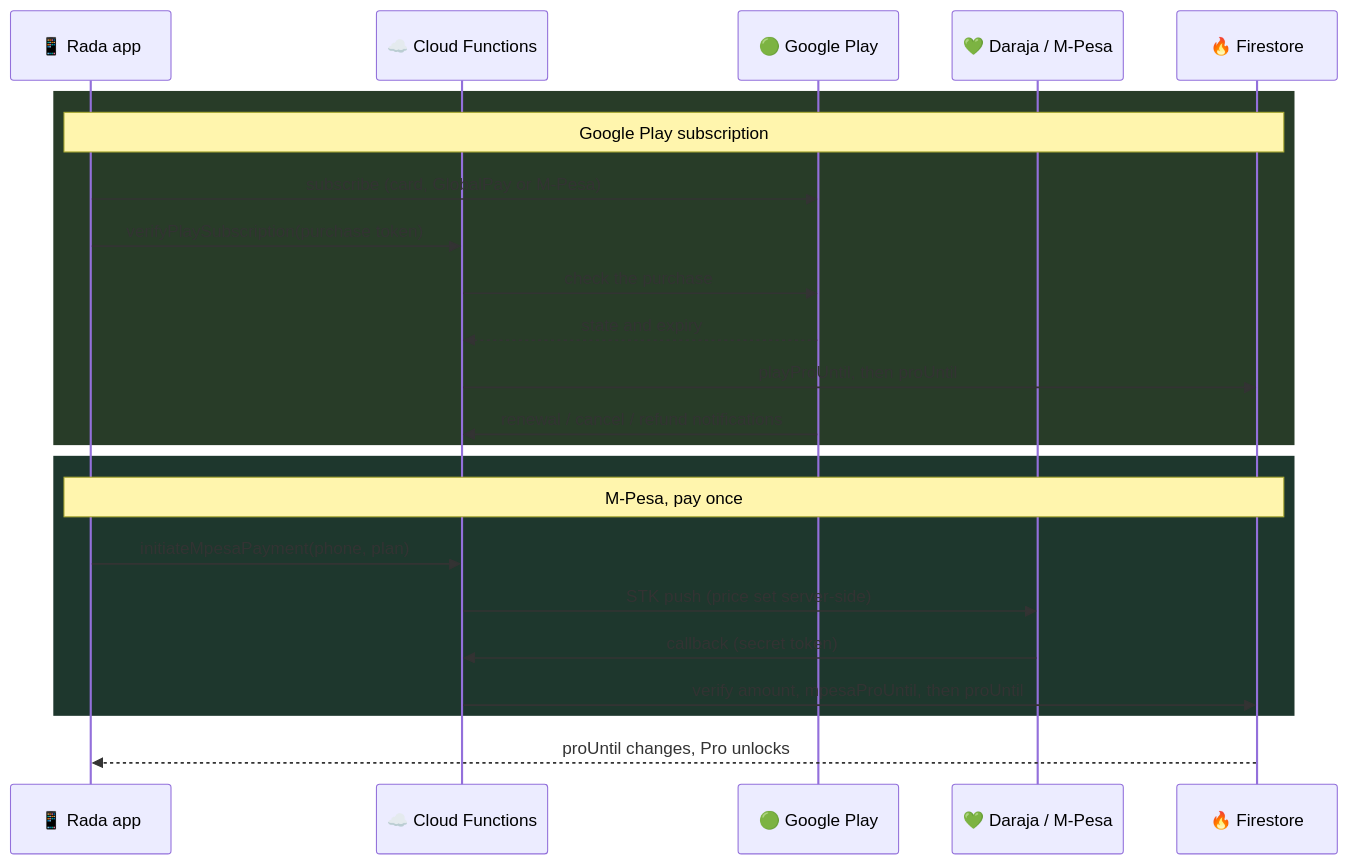
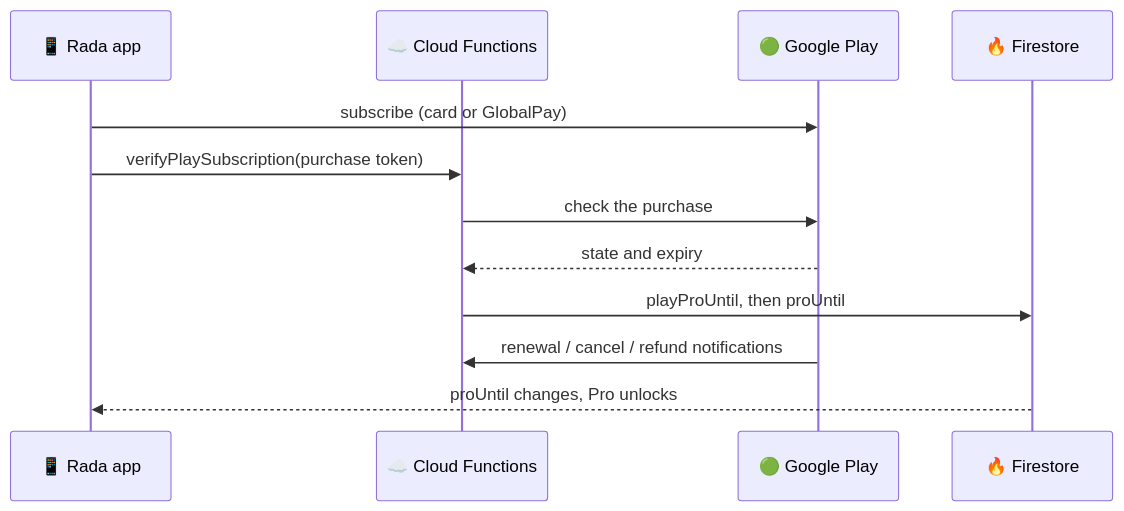
Before and after one commit to WadeQ/Rada: the second of 2 diagrams in README.md, drawn with Mermaid. The commit also changed other lines of this file and 1 other file, not shown here.

Commit message:
README: document the M-Pesa removal, payment policy reasoning, and permission hardening

````diff
--- a/README.md
+++ b/README.md
@@ -150,25 +148,14 @@
 ```mermaid
 sequenceDiagram
     participant App as 📱 Rada app
     participant F as ☁️ Cloud Functions
     participant P as 🟢 Google Play
-    participant D as 💚 Daraja / M-Pesa
     participant DB as 🔥 Firestore
-    rect rgb(40, 60, 40)
-    Note over App,DB: Google Play subscription
-    App->>P: subscribe (card, GlobalPay or M-Pesa)
+    App->>P: subscribe (card or GlobalPay)
     App->>F: verifyPlaySubscription(purchase token)
     F->>P: check the purchase
     P-->>F: state and expiry
     F->>DB: playProUntil, then proUntil
     P->>F: renewal / cancel / refund notifications
-    end
-    rect rgb(30, 55, 45)
-    Note over App,DB: M-Pesa, pay once
-    App->>F: initiateMpesaPayment(phone, plan)
-    F->>D: STK push (price set server-side)
-    D->>F: callback (secret token)
-    F->>DB: verify amount, mpesaProUntil, then proUntil
-    end
     DB-->>App: proUntil changes, Pro unlocks
 ```
````
